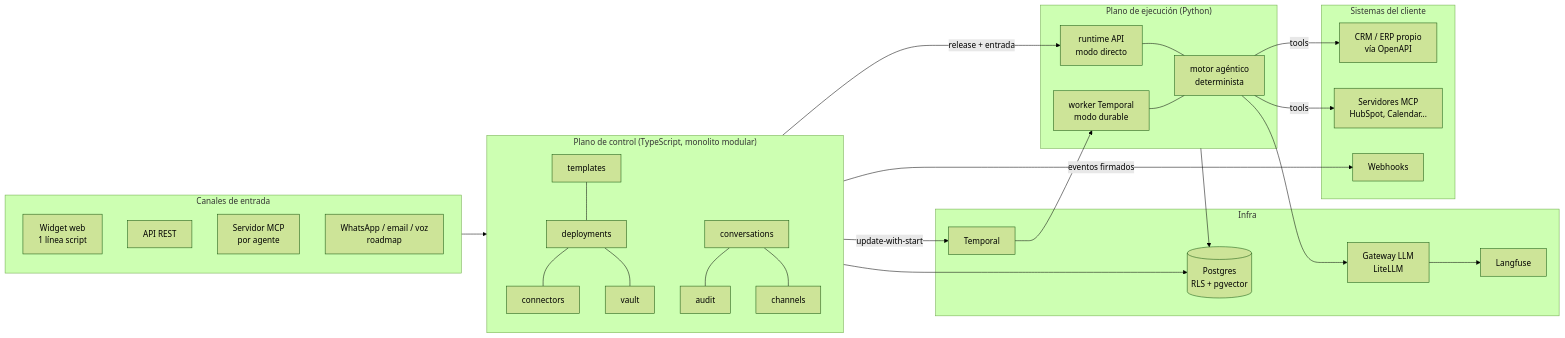
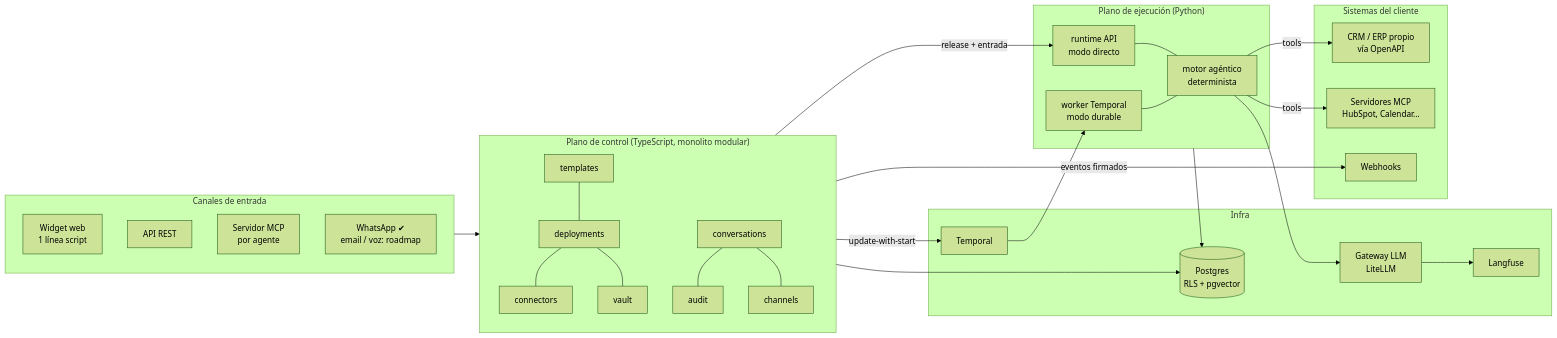
One commit to ovg-Code/Saas-Agentes changed the diagram in docs/arquitectura.md. Above: the diagram before and after it, drawn with Mermaid (forest theme). The commit also changed other lines of this file and 25 other files, not shown here.

First line of the commit message:
Canal WhatsApp (Cloud API) para cualquier agente

````diff
--- a/docs/arquitectura.md
+++ b/docs/arquitectura.md
@@ -29,47 +29,47 @@
 ```mermaid
 flowchart LR
   subgraph Entradas["Canales de entrada"]
     W[Widget web<br/>1 línea script]
     A[API REST]
     M[Servidor MCP<br/>por agente]
-    WA[WhatsApp / email / voz<br/>roadmap]
+    WA[WhatsApp ✔<br/>email / voz: roadmap]
   end
 
   subgraph CP["Plano de control (TypeScript, monolito modular)"]
     direction TB
     T[templates] --- D[deployments]
     D --- CO[connectors]
     D --- V[vault]
     C[conversations] --- AU[audit]
     C --- CH[channels]
   end
 
   subgraph DP["Plano de ejecución (Python)"]
     RT[runtime API<br/>modo directo]
     WK[worker Temporal<br/>modo durable]
     E[motor agéntico<br/>determinista]
     RT --- E
     WK --- E
   end
 
   subgraph Infra
     PG[(Postgres<br/>RLS + pgvector)]
     TE[Temporal]
     GW[Gateway LLM<br/>LiteLLM]
     LF[Langfuse]
   end
 
   subgraph Cliente["Sistemas del cliente"]
     CRM[CRM / ERP propio<br/>vía OpenAPI]
     MCPS[Servidores MCP<br/>HubSpot, Calendar...]
     WH[Webhooks]
   end
 
   Entradas --> CP
   CP -- release + entrada --> RT
   CP -- update-with-start --> TE --> WK
   E -- tools --> CRM & MCPS
   CP -- eventos firmados --> WH
   E --> GW --> LF
   CP & DP --> PG
 ```
````
